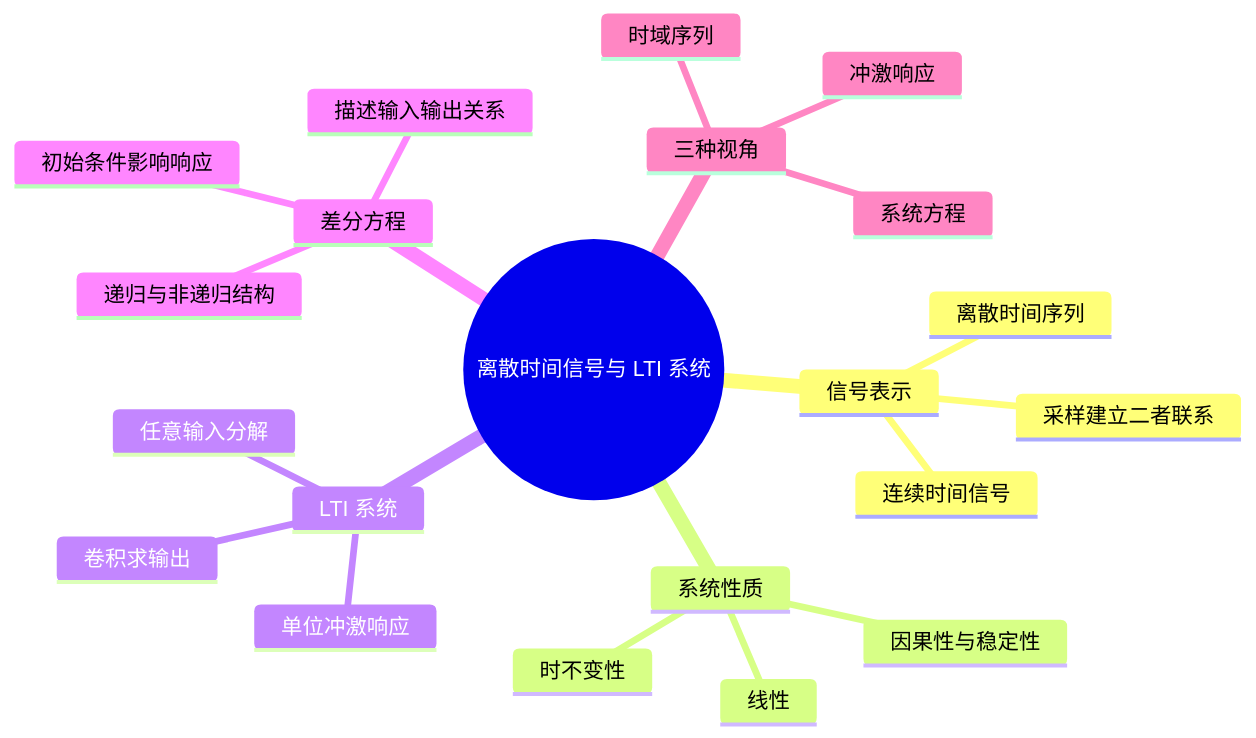
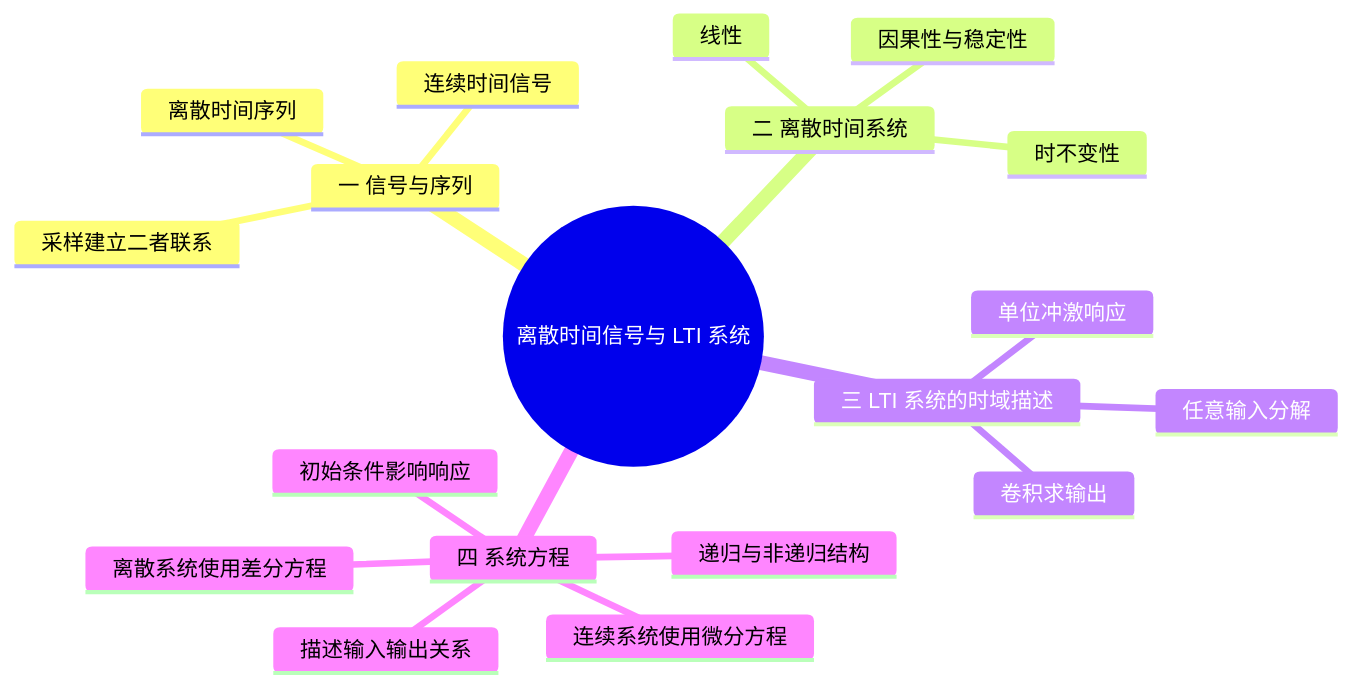
The diagram in 学习/学校课程/数字信号处理（3学分）/01 第1课 离散时间信号、LTI 系统与差分方程.md (3280441136-lab/My_Obsidian_Notes), drawn with Mermaid before and after one commit. The commit also changed 11 other files, not shown here.

````diff
--- a/学习/学校课程/数字信号处理（3学分）/01 第1课 离散时间信号、LTI 系统与差分方程.md
+++ b/学习/学校课程/数字信号处理（3学分）/01 第1课 离散时间信号、LTI 系统与差分方程.md
@@ -5,24 +5,22 @@
 ```mermaid
 mindmap
   root((离散时间信号与 LTI 系统))
-    信号表示
+    一 信号与序列
       连续时间信号
       离散时间序列
       采样建立二者联系
-    系统性质
+    二 离散时间系统
       线性
       时不变性
       因果性与稳定性
-    LTI 系统
+    三 LTI 系统的时域描述
       单位冲激响应
       任意输入分解
       卷积求输出
-    差分方程
+    四 系统方程
+      连续系统使用微分方程
+      离散系统使用差分方程
       描述输入输出关系
       递归与非递归结构
       初始条件影响响应
-    三种视角
-      时域序列
-      冲激响应
-      系统方程
 ```
````
